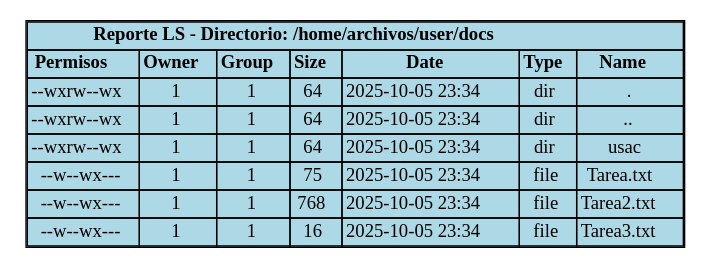
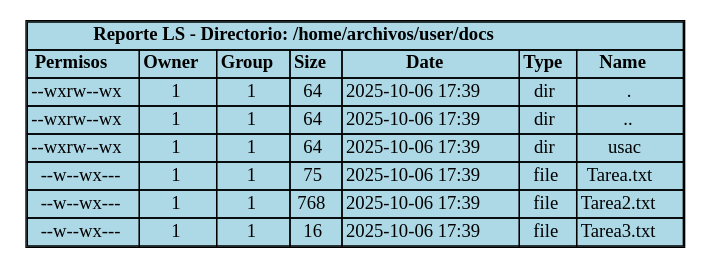
Before and after one commit to DiegVas/MIA_2S2025_P2_202300638: the diagram in backend/provider/reports/src/ls_381A.dot, drawn with Graphviz. The commit also changed 24 other files, not shown here.

```diff
--- a/backend/provider/reports/src/ls_381A.dot
+++ b/backend/provider/reports/src/ls_381A.dot
@@ -1,71 +1,71 @@
 digraph LS_Report {
     rankdir=TB;
     node [shape=plaintext];
     edge [style=invisible];
     title [label=<<TABLE BORDER="1" CELLBORDER="1" CELLSPACING="0" BGCOLOR="lightblue">
         <TR><TD COLSPAN="7"><B>Reporte LS - Directorio: /home/archivos/user/docs</B></TD></TR>
         <TR>
             <TD><B>Permisos</B></TD>
             <TD><B>Owner</B></TD>
             <TD><B>Group</B></TD>
             <TD><B>Size</B></TD>
             <TD><B>Date</B></TD>
             <TD><B>Type</B></TD>
             <TD><B>Name</B></TD>
         </TR>
         <TR>
             <TD>--wxrw--wx</TD>
             <TD>1</TD>
             <TD>1</TD>
             <TD>64</TD>
-            <TD>2025-10-05 23:34</TD>
+            <TD>2025-10-06 17:39</TD>
             <TD>dir</TD>
             <TD>.</TD>
         </TR>
         <TR>
             <TD>--wxrw--wx</TD>
             <TD>1</TD>
             <TD>1</TD>
             <TD>64</TD>
-            <TD>2025-10-05 23:34</TD>
+            <TD>2025-10-06 17:39</TD>
             <TD>dir</TD>
             <TD>..</TD>
         </TR>
         <TR>
             <TD>--wxrw--wx</TD>
             <TD>1</TD>
             <TD>1</TD>
             <TD>64</TD>
-            <TD>2025-10-05 23:34</TD>
+            <TD>2025-10-06 17:39</TD>
             <TD>dir</TD>
             <TD>usac</TD>
         </TR>
         <TR>
             <TD>--w--wx---</TD>
             <TD>1</TD>
             <TD>1</TD>
             <TD>75</TD>
-            <TD>2025-10-05 23:34</TD>
+            <TD>2025-10-06 17:39</TD>
             <TD>file</TD>
             <TD>Tarea.txt</TD>
         </TR>
         <TR>
             <TD>--w--wx---</TD>
             <TD>1</TD>
             <TD>1</TD>
             <TD>768</TD>
-            <TD>2025-10-05 23:34</TD>
+            <TD>2025-10-06 17:39</TD>
             <TD>file</TD>
             <TD>Tarea2.txt</TD>
         </TR>
         <TR>
             <TD>--w--wx---</TD>
             <TD>1</TD>
             <TD>1</TD>
             <TD>16</TD>
-            <TD>2025-10-05 23:34</TD>
+            <TD>2025-10-06 17:39</TD>
             <TD>file</TD>
             <TD>Tarea3.txt</TD>
         </TR>
     </TABLE>>];
 }
```
